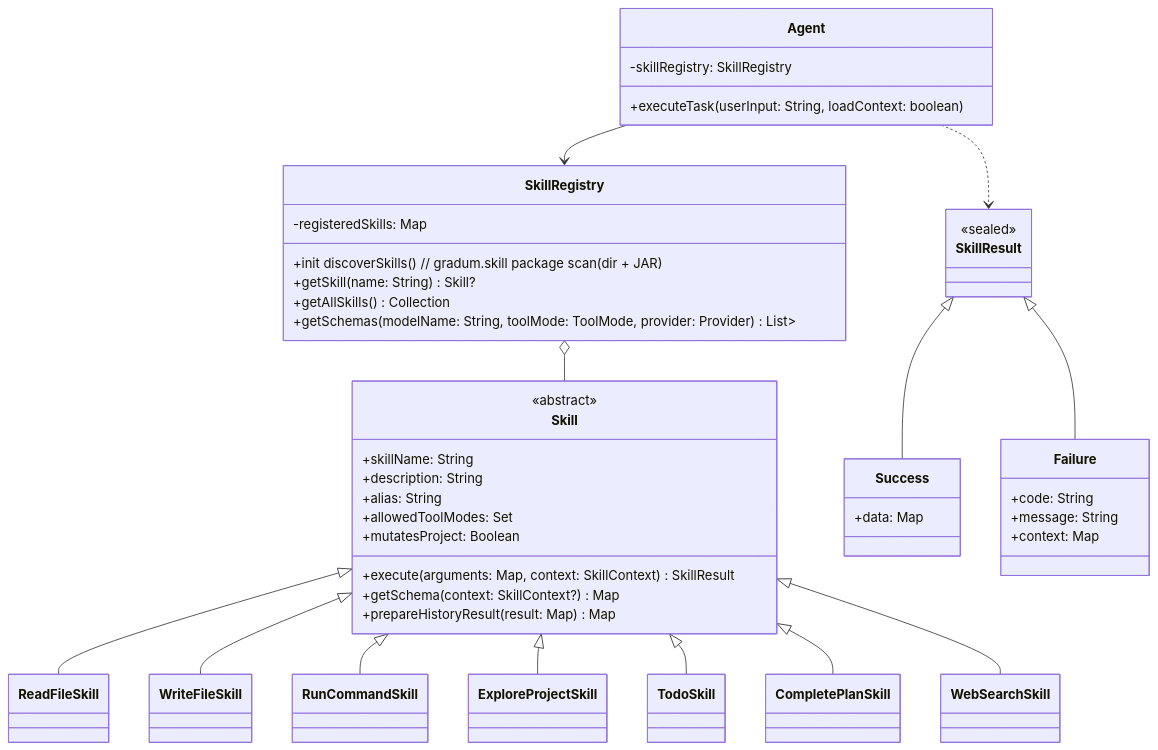
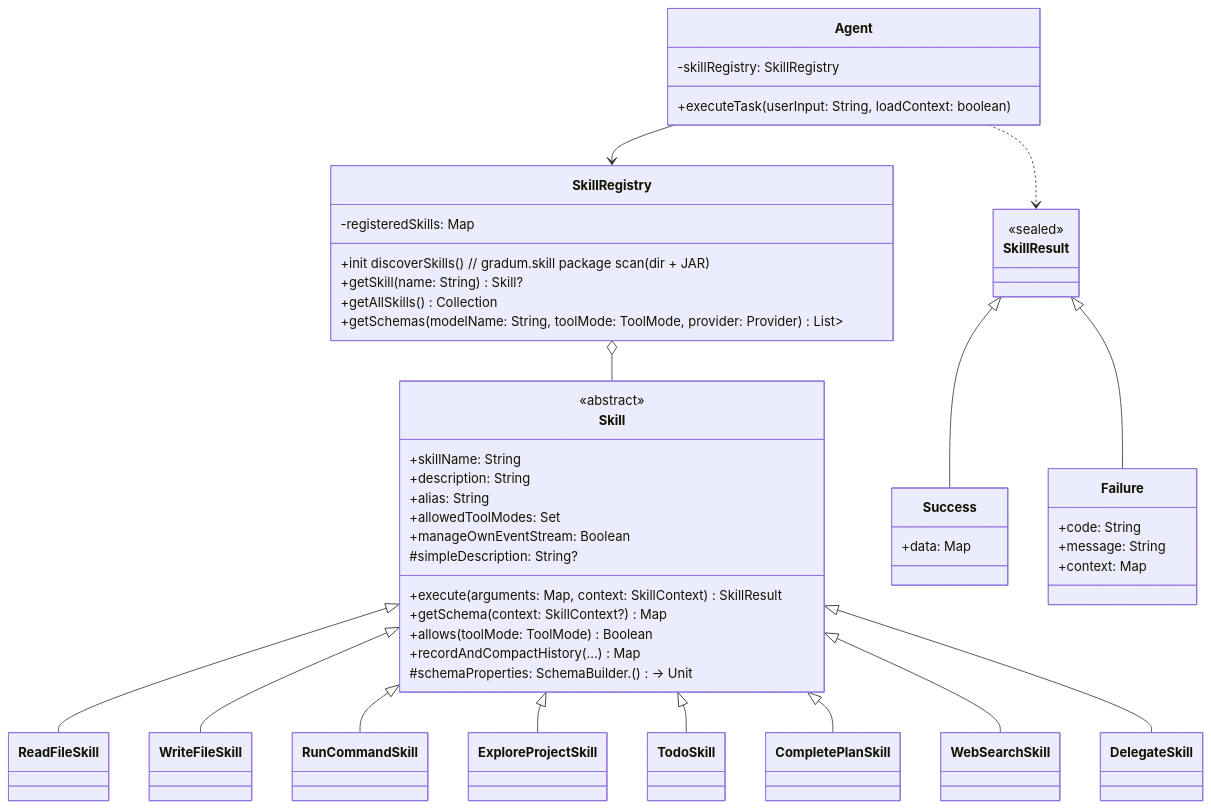
Diagram 19 of 30 in docs/ARCHITECTURE.md (lg841226/Gradum), drawn with Mermaid before and after one commit. The commit also changed other lines of this file and 9 other files, not shown here.

Commit message:
docs: overhaul ARCHITECTURE/PLUGIN_FEATURES, tidy code and env doctor output

````diff
--- a/docs/ARCHITECTURE.md
+++ b/docs/ARCHITECTURE.md
@@ -1242,63 +1289,68 @@
 ```mermaid
 classDiagram
     class Skill {
         <<abstract>>
         +skillName: String
         +description: String
         +alias: String
         +allowedToolModes: Set<ToolMode>
-        +mutatesProject: Boolean
+        +manageOwnEventStream: Boolean
         +execute(arguments: Map<String, Any>, context: SkillContext) SkillResult
         +getSchema(context: SkillContext?) Map<String, Any>
-        +prepareHistoryResult(result: Map<String, Any>) Map<String, Any>
+        +allows(toolMode: ToolMode) Boolean
+        +recordAndCompactHistory(...) Map<String, Any>
+        #schemaProperties: SchemaBuilder.() -> Unit
+        #simpleDescription: String?
     }
 
     class SkillResult {
         <<sealed>>
     }
 
     class Success {
         +data: Map<String, Any>
     }
 
     class Failure {
         +code: String
         +message: String
         +context: Map<String, Any>
     }
 
     class SkillRegistry {
         -registeredSkills: Map<String, Skill>
         +init discoverSkills() // gradum.skill package scan (dir + JAR)
         +getSkill(name: String) Skill?
         +getAllSkills() Collection<Skill>
         +getSchemas(modelName: String, toolMode: ToolMode, provider: Provider) List<Map<String, Any>>
     }
 
     class ReadFileSkill
     class WriteFileSkill
     class RunCommandSkill
     class ExploreProjectSkill
     class TodoSkill
     class CompletePlanSkill
     class WebSearchSkill
+    class DelegateSkill
 
     SkillResult <|-- Success
     SkillResult <|-- Failure
     Skill <|-- ReadFileSkill
     Skill <|-- WriteFileSkill
     Skill <|-- RunCommandSkill
     Skill <|-- ExploreProjectSkill
     Skill <|-- TodoSkill
     Skill <|-- CompletePlanSkill
     Skill <|-- WebSearchSkill
+    Skill <|-- DelegateSkill
     SkillRegistry o-- Skill
 
     class Agent {
         -skillRegistry: SkillRegistry
         +executeTask(userInput: String, loadContext: boolean)
     }
 
     Agent --> SkillRegistry
     Agent ..> SkillResult
 ```
````
